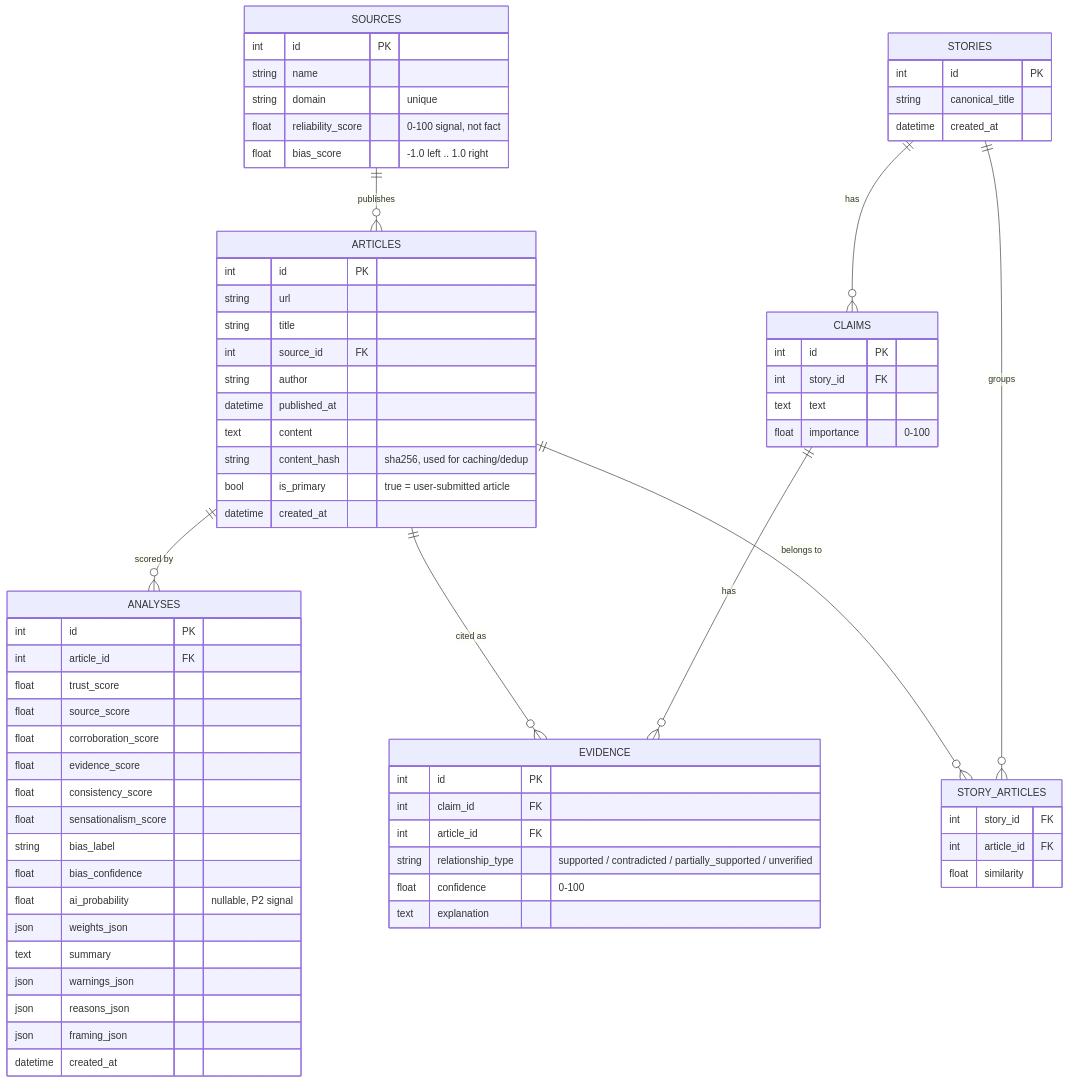
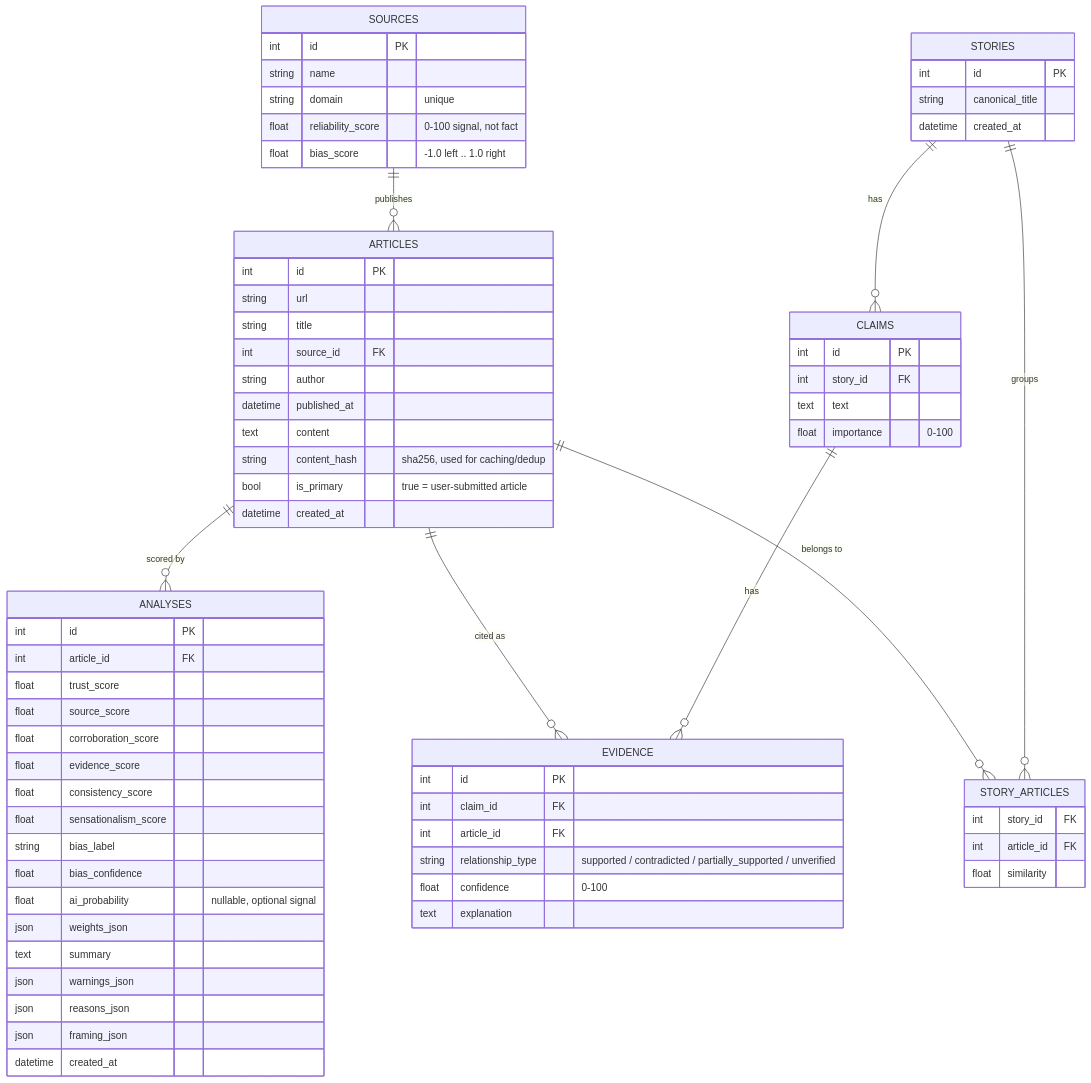
Before and after one commit to andrejwastaken/storylens: the diagram in docs/database-schema.md, drawn with Mermaid. The commit also changed other lines of this file and 22 other files, not shown here.

````diff
--- a/docs/database-schema.md
+++ b/docs/database-schema.md
@@ -6,79 +6,79 @@
 ```mermaid
 erDiagram
     SOURCES {
         int id PK
         string name
         string domain "unique"
         float reliability_score "0-100 signal, not fact"
         float bias_score "-1.0 left .. 1.0 right"
     }
 
     ARTICLES {
         int id PK
         string url
         string title
         int source_id FK
         string author
         datetime published_at
         text content
         string content_hash "sha256, used for caching/dedup"
         bool is_primary "true = user-submitted article"
         datetime created_at
     }
 
     STORIES {
         int id PK
         string canonical_title
         datetime created_at
     }
 
     CLAIMS {
         int id PK
         int story_id FK
         text text
         float importance "0-100"
     }
 
     EVIDENCE {
         int id PK
         int claim_id FK
         int article_id FK
         string relationship_type "supported / contradicted / partially_supported / unverified"
         float confidence "0-100"
         text explanation
     }
 
     ANALYSES {
         int id PK
         int article_id FK
         float trust_score
         float source_score
         float corroboration_score
         float evidence_score
         float consistency_score
         float sensationalism_score
         string bias_label
         float bias_confidence
-        float ai_probability "nullable, P2 signal"
+        float ai_probability "nullable, optional signal"
         json weights_json
         text summary
         json warnings_json
         json reasons_json
         json framing_json
         datetime created_at
     }
 
     STORY_ARTICLES {
         int story_id FK
         int article_id FK
         float similarity
     }
 
     SOURCES ||--o{ ARTICLES : "publishes"
     STORIES ||--o{ CLAIMS : "has"
     CLAIMS ||--o{ EVIDENCE : "has"
     ARTICLES ||--o{ EVIDENCE : "cited as"
     ARTICLES ||--o{ ANALYSES : "scored by"
     STORIES ||--o{ STORY_ARTICLES : "groups"
     ARTICLES ||--o{ STORY_ARTICLES : "belongs to"
 ```
````
